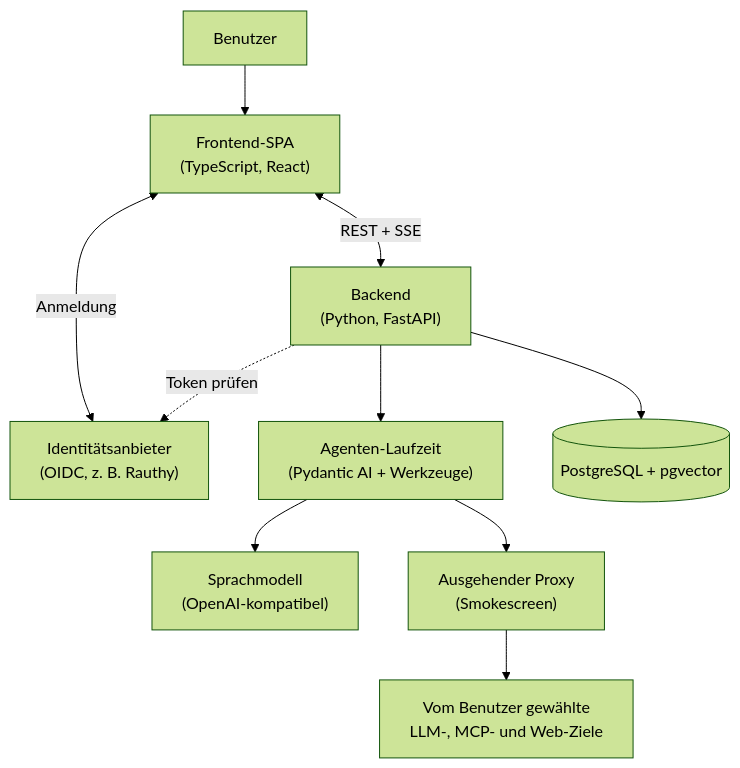
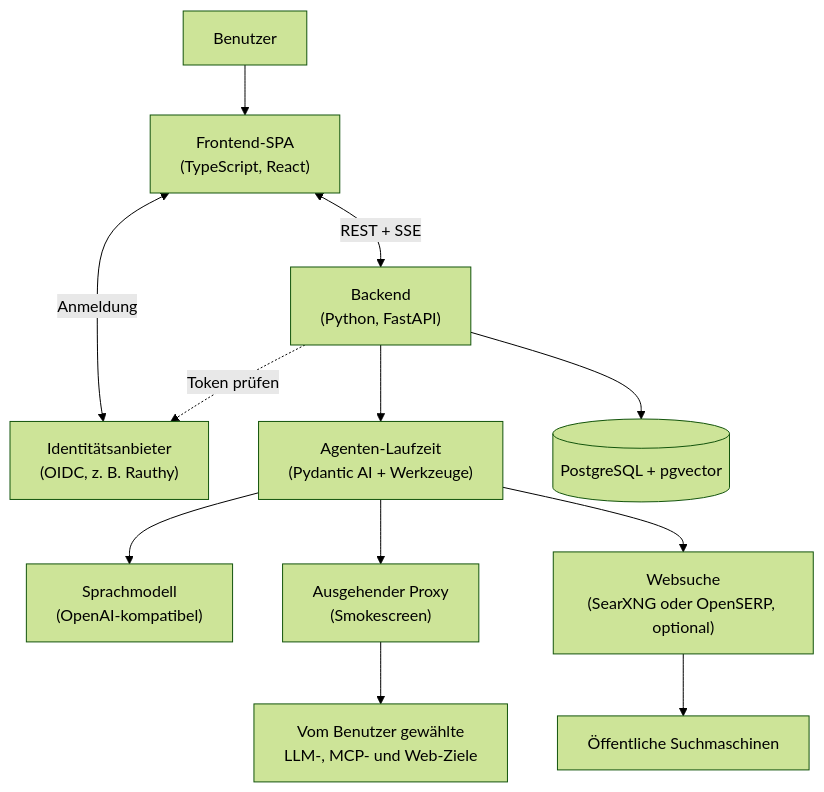
One commit to dfki-ebls/hivegent changed the diagram in docs/src/de/architecture.md. Above: the diagram before and after it, drawn with Mermaid (forest theme). The commit also changed other lines of this file and 3 other files, not shown here.

````diff
--- a/docs/src/de/architecture.md
+++ b/docs/src/de/architecture.md
@@ -6,22 +6,26 @@
 ```mermaid
 flowchart TD
     user[Benutzer]
     browser["Frontend-SPA<br/>(TypeScript, React)"]
     oidc["Identitätsanbieter<br/>(OIDC, z. B. Rauthy)"]
     backend["Backend<br/>(Python, FastAPI)"]
     agent["Agenten-Laufzeit<br/>(Pydantic AI + Werkzeuge)"]
     db[("PostgreSQL + pgvector")]
     llm["Sprachmodell<br/>(OpenAI-kompatibel)"]
+    search["Websuche<br/>(SearXNG oder OpenSERP, optional)"]
     egress["Ausgehender Proxy<br/>(Smokescreen)"]
     external["Vom Benutzer gewählte<br/>LLM-, MCP- und Web-Ziele"]
+    engines["Öffentliche Suchmaschinen"]
 
     user --> browser
     browser <-->|Anmeldung| oidc
     browser <-->|REST + SSE| backend
     backend -.->|Token prüfen| oidc
     backend --> agent
     agent --> llm
     agent --> egress
+    agent --> search
+    search --> engines
     egress --> external
     backend --> db
 ```
````
